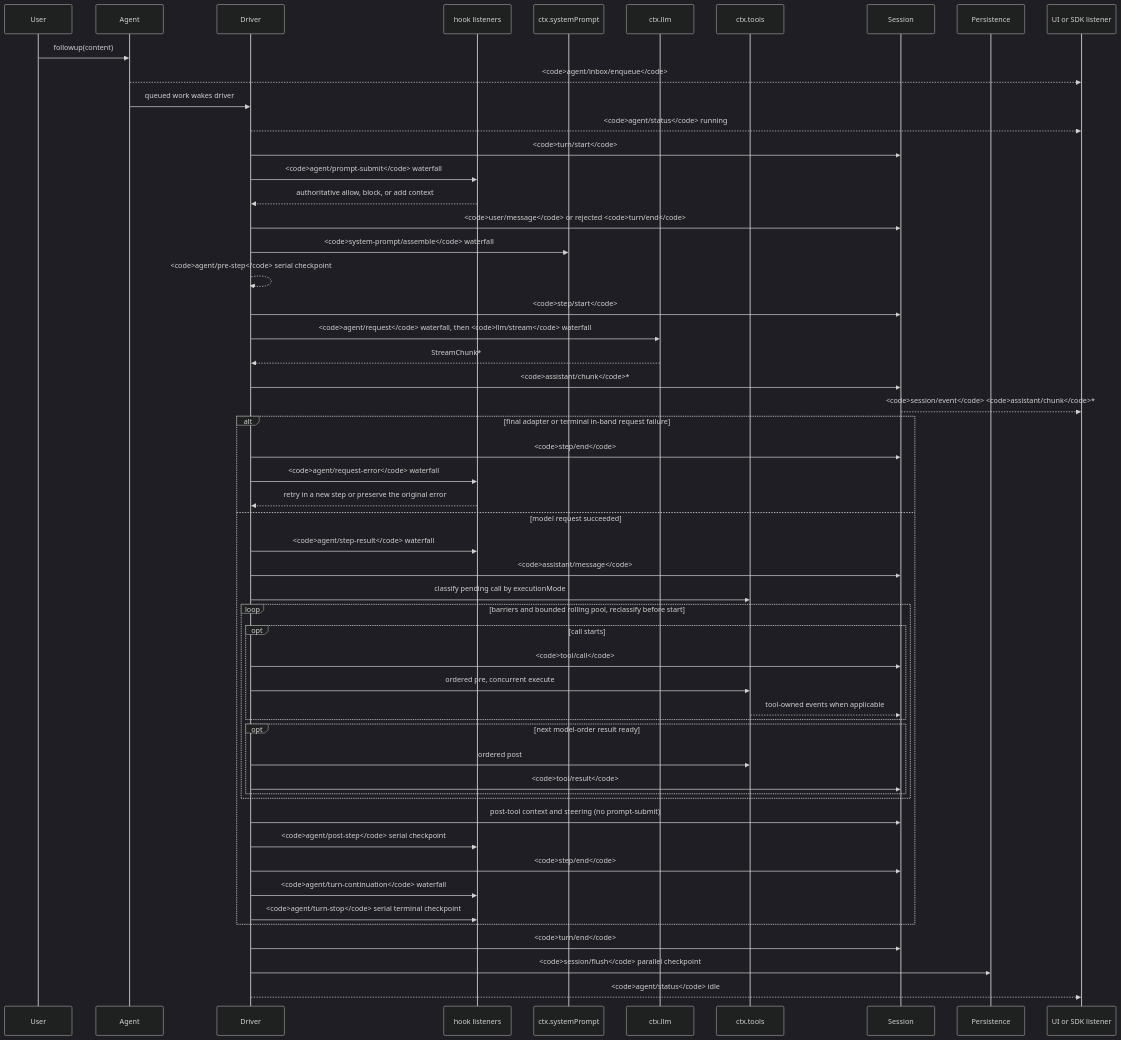
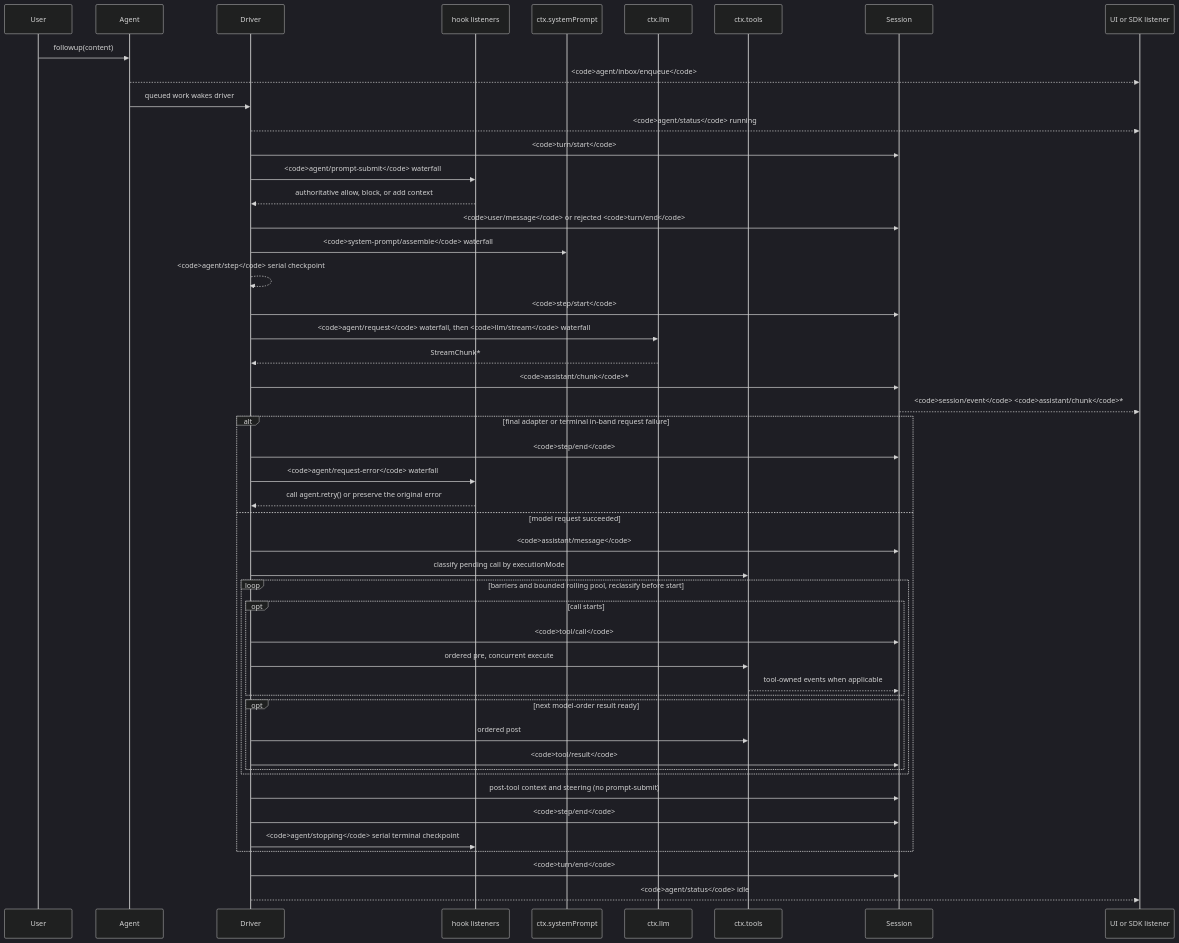
Before and after one commit to 007M7/DeepCode: the diagram in docs/agent-lifecycle.md, drawn with Mermaid (dark theme). The commit also changed other lines of this file and 129 other files, not shown here.

````diff
--- a/docs/agent-lifecycle.md
+++ b/docs/agent-lifecycle.md
@@ -8,56 +8,51 @@
 ```mermaid
 sequenceDiagram
   participant User
   participant Agent
   participant Driver
   participant Hooks as hook listeners
   participant Prompt as ctx.systemPrompt
   participant LLM as ctx.llm
   participant Tools as ctx.tools
   participant Session
-  participant Persistence
   participant SDK as UI or SDK listener
   User->>Agent: followup(content)
   Agent-->>SDK: <code>agent/inbox/enqueue</code>
   Agent->>Driver: queued work wakes driver
   Driver-->>SDK: <code>agent/status</code> running
   Driver->>Session: <code>turn/start</code>
   Driver->>Hooks: <code>agent/prompt-submit</code> waterfall
   Hooks-->>Driver: authoritative allow, block, or add context
   Driver->>Session: <code>user/message</code> or rejected <code>turn/end</code>
   Driver->>Prompt: <code>system-prompt/assemble</code> waterfall
-  Driver-->>Driver: <code>agent/pre-step</code> serial checkpoint
+  Driver-->>Driver: <code>agent/step</code> serial checkpoint
   Driver->>Session: <code>step/start</code>
   Driver->>LLM: <code>agent/request</code> waterfall, then <code>llm/stream</code> waterfall
   LLM-->>Driver: StreamChunk*
   Driver->>Session: <code>assistant/chunk</code>*
   Session-->>SDK: <code>session/event</code> <code>assistant/chunk</code>*
   alt final adapter or terminal in-band request failure
     Driver->>Session: <code>step/end</code>
     Driver->>Hooks: <code>agent/request-error</code> waterfall
-    Hooks-->>Driver: retry in a new step or preserve the original error
+    Hooks-->>Driver: call agent.retry() or preserve the original error
   else model request succeeded
-  Driver->>Hooks: <code>agent/step-result</code> waterfall
   Driver->>Session: <code>assistant/message</code>
   Driver->>Tools: classify pending call by executionMode
   loop barriers and bounded rolling pool, reclassify before start
     opt call starts
       Driver->>Session: <code>tool/call</code>
       Driver->>Tools: ordered pre, concurrent execute
       Tools-->>Session: tool-owned events when applicable
     end
     opt next model-order result ready
       Driver->>Tools: ordered post
       Driver->>Session: <code>tool/result</code>
     end
   end
   Driver->>Session: post-tool context and steering (no prompt-submit)
-  Driver->>Hooks: <code>agent/post-step</code> serial checkpoint
   Driver->>Session: <code>step/end</code>
-  Driver->>Hooks: <code>agent/turn-continuation</code> waterfall
-  Driver->>Hooks: <code>agent/turn-stop</code> serial terminal checkpoint
+  Driver->>Hooks: <code>agent/stopping</code> serial terminal checkpoint
   end
   Driver->>Session: <code>turn/end</code>
-  Driver->>Persistence: <code>session/flush</code> parallel checkpoint
   Driver-->>SDK: <code>agent/status</code> idle
 ```
````
